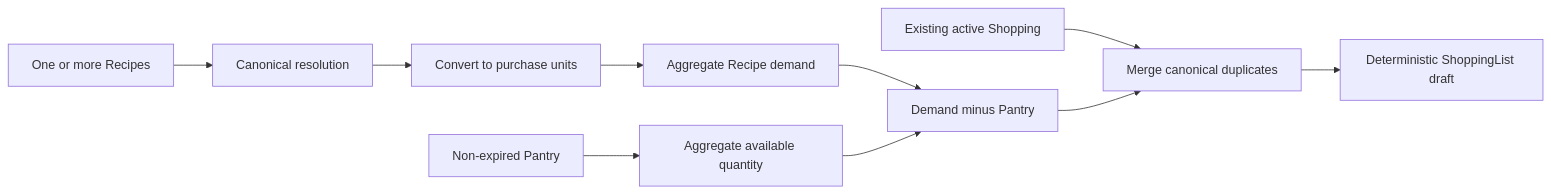
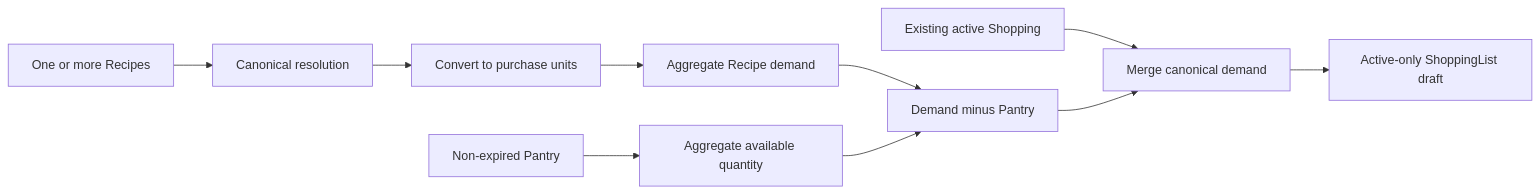
Before and after one commit to kobv99/KinRaiDee: the second of 3 diagrams in docs/11_SHOPPING_FOUNDATION_DOMAIN.md, drawn with Mermaid. The commit also changed other lines of this file, not shown here.

Commit message:
docs(shopping): align domain model with active-only workflow

````diff
--- a/docs/11_SHOPPING_FOUNDATION_DOMAIN.md
+++ b/docs/11_SHOPPING_FOUNDATION_DOMAIN.md
@@ -91,12 +98,12 @@
 ```mermaid
 flowchart LR
     R["One or more Recipes"] --> N["Canonical resolution"]
     N --> U["Convert to purchase units"]
     U --> A["Aggregate Recipe demand"]
     P["Non-expired Pantry"] --> S["Aggregate available quantity"]
-    E["Existing active Shopping"] --> M["Merge canonical duplicates"]
+    E["Existing active Shopping"] --> M["Merge canonical demand"]
     A --> D["Demand minus Pantry"]
     S --> D
     D --> M
-    M --> O["Deterministic ShoppingList draft"]
+    M --> O["Active-only ShoppingList draft"]
 ```
````
